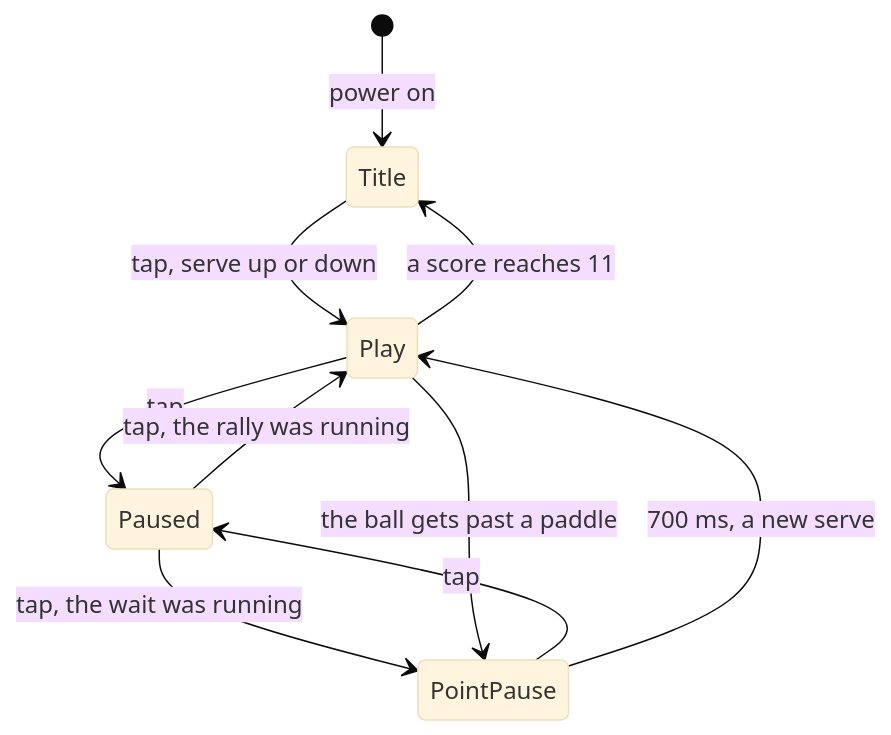
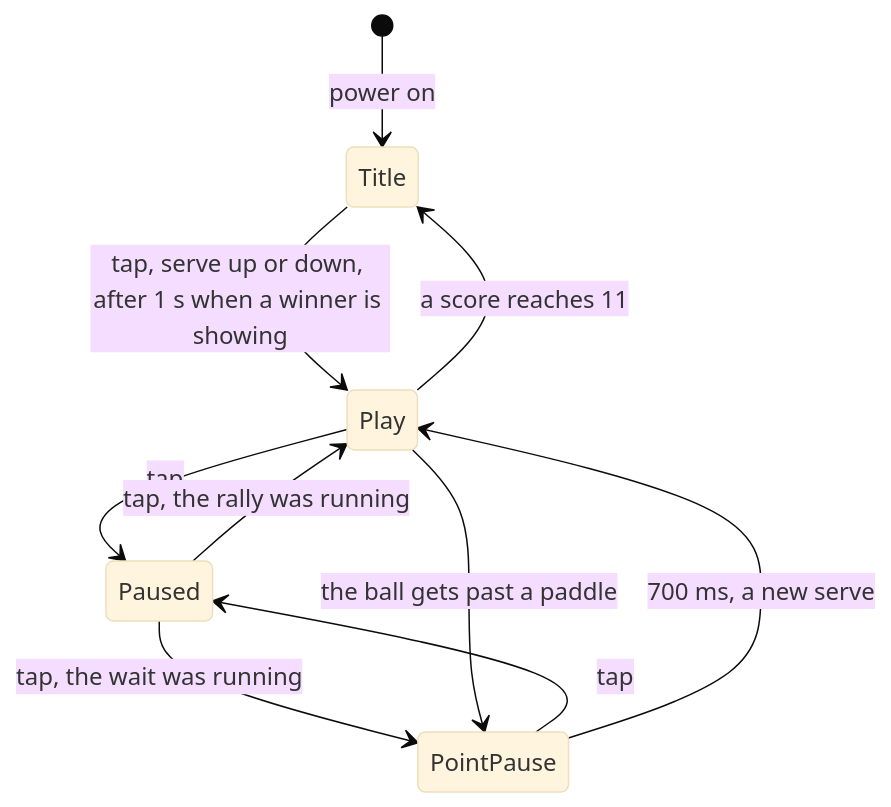
The fourth of 5 diagrams in docs/ARCHITECTURE.md (hronkrobotics/pong-tft), drawn with Mermaid (base theme) before and after one commit. The commit also changed other lines of this file and 6 other files, not shown here.

Commit message:
Hold the winner screen for a second so a leftover tap does not skip the name, and point the collaborator note at aayanrahman.

````diff
--- a/docs/ARCHITECTURE.md
+++ b/docs/ARCHITECTURE.md
@@ -161,12 +161,12 @@
 ```mermaid
 stateDiagram-v2
     [*] --> Title: power on
-    Title --> Play: tap, serve up or down
+    Title --> Play: tap, serve up or down, after 1 s when a winner is showing
     Play --> Paused: tap
     PointPause --> Paused: tap
     Paused --> Play: tap, the rally was running
     Paused --> PointPause: tap, the wait was running
     Play --> PointPause: the ball gets past a paddle
     PointPause --> Play: 700 ms, a new serve
     Play --> Title: a score reaches 11
 ```
````
